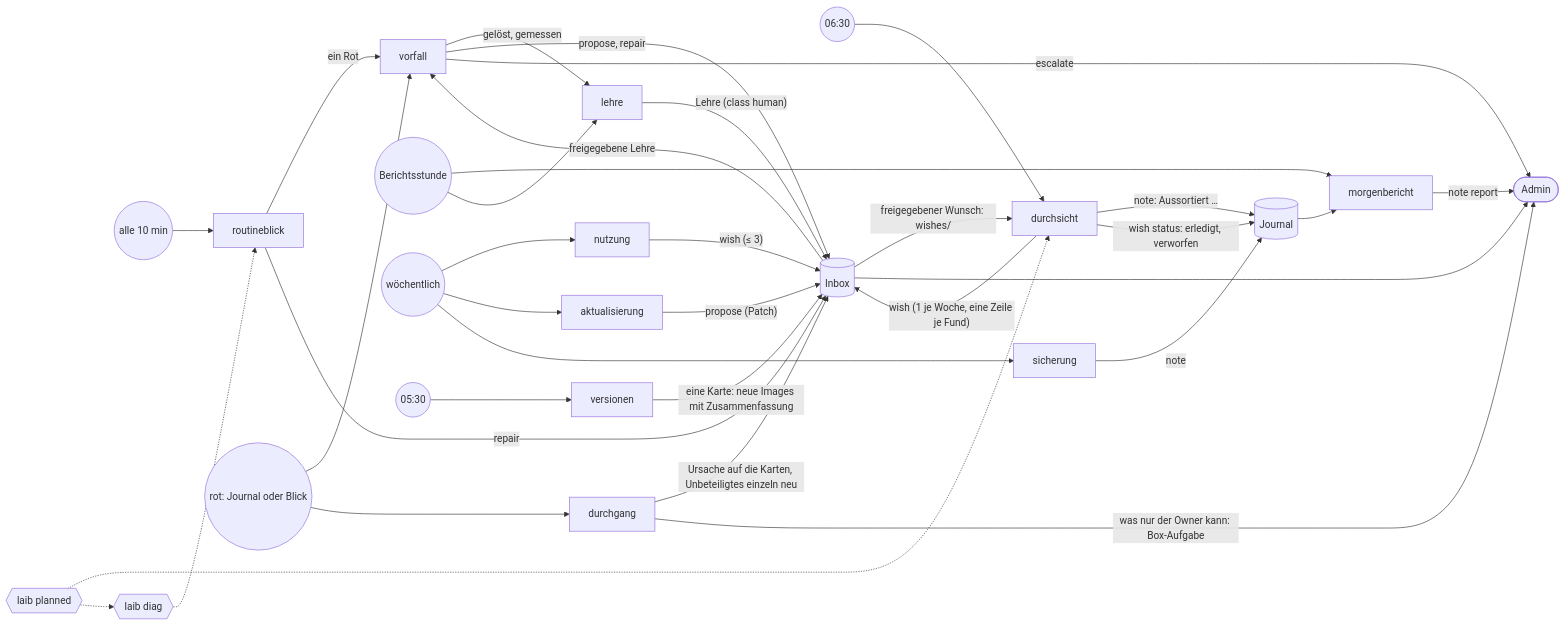
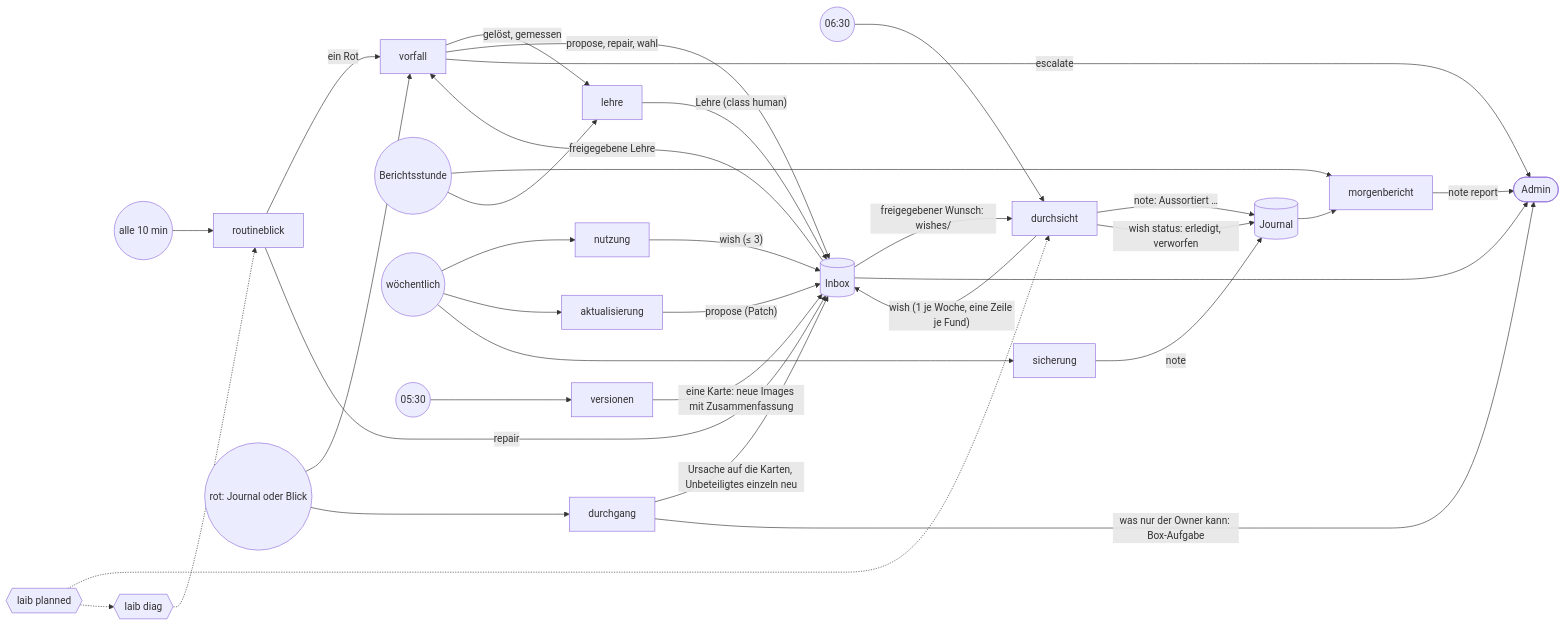
Before and after one commit to mdopp/laib: the diagram in docs/SKILLS.md, drawn with Mermaid. The commit also changed other lines of this file and 38 other files, not shown here.

````diff
--- a/docs/SKILLS.md
+++ b/docs/SKILLS.md
@@ -9,38 +9,38 @@
 ```mermaid
 flowchart LR
   tick((alle 10 min)) --> routineblick
   red((rot: Journal oder Blick)) --> vorfall
   red --> durchgang
   morning((06:30)) --> durchsicht
   report((Berichtsstunde)) --> morgenbericht
   report --> lehre
   week((wöchentlich)) --> nutzung
   week --> aktualisierung
   night((05:30)) --> versionen
   week --> sicherung
 
   routineblick -- "ein Rot" --> vorfall
   routineblick -- repair --> inbox[(Inbox)]
   vorfall -- "gelöst, gemessen" --> lehre
-  vorfall -- "propose, repair" --> inbox
+  vorfall -- "propose, repair, wahl" --> inbox
   vorfall -- escalate --> owner([Admin])
   durchgang -- "Ursache auf die Karten, Unbeteiligtes einzeln neu" --> inbox
   durchgang -- "was nur der Owner kann: Box-Aufgabe" --> owner
   lehre -- "Lehre (class human)" --> inbox
   inbox -- "freigegebene Lehre" --> vorfall
   durchsicht -- "wish (1 je Woche, eine Zeile je Fund)" --> inbox
   nutzung -- "wish (≤ 3)" --> inbox
   aktualisierung -- "propose (Patch)" --> inbox
   versionen -- "eine Karte: neue Images mit Zusammenfassung" --> inbox
   inbox -- "freigegebener Wunsch: wishes/" --> durchsicht
   durchsicht -- "note: Aussortiert …" --> journal[(Journal)]
   sicherung -- note --> journal
   durchsicht -- "wish status: erledigt, verworfen" --> journal
   journal --> morgenbericht
   morgenbericht -- "note report" --> owner
   inbox --> owner
 
   planned{{laib planned}} -.-> durchsicht
   planned -.-> diag{{laib diag}}
   diag -.-> routineblick
 ```
````
